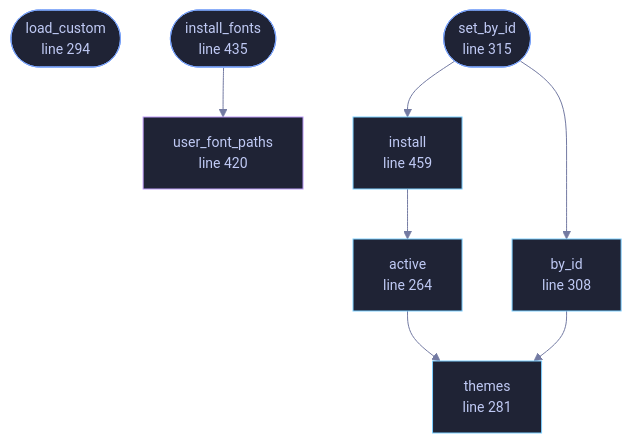
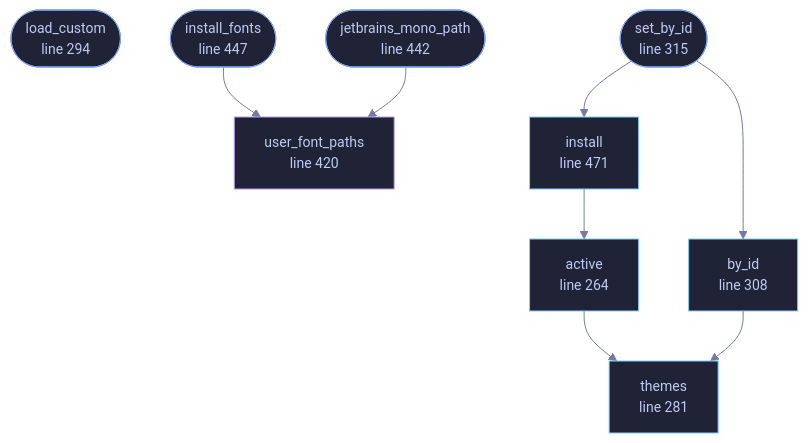
Before and after one commit to tilas01/veilvoice: the diagram in wiki/File-veilvoice-gui-theme.md, drawn with Mermaid. The commit also changed other lines of this file and 72 other files, not shown here.

````diff
--- a/wiki/File-veilvoice-gui-theme.md
+++ b/wiki/File-veilvoice-gui-theme.md
@@ -80,32 +82,35 @@
 ```mermaid
 %%{init: {"theme":"base","themeVariables":{"background":"#1a1b26","primaryColor":"#1f2335","primaryTextColor":"#c0caf5","primaryBorderColor":"#7aa2f7","secondaryColor":"#16161e","tertiaryColor":"#16161e","lineColor":"#737aa2","textColor":"#c0caf5","mainBkg":"#1f2335","nodeBorder":"#7aa2f7","clusterBkg":"#16161e","clusterBorder":"#2f3549","fontFamily":"ui-monospace, SFMono-Regular, Consolas, monospace","fontSize":"14px"}}}%%
 flowchart TD
     n_active["active<br/>line 264"]
     n_themes["themes<br/>line 281"]
     n_load_custom(["load_custom<br/>line 294"])
     n_by_id["by_id<br/>line 308"]
     n_set_by_id(["set_by_id<br/>line 315"])
     n_user_font_paths["user_font_paths<br/>line 420"]
-    n_install_fonts(["install_fonts<br/>line 435"])
-    n_install["install<br/>line 459"]
+    n_jetbrains_mono_path(["jetbrains_mono_path<br/>line 442"])
+    n_install_fonts(["install_fonts<br/>line 447"])
+    n_install["install<br/>line 471"]
     n_active --> n_themes
     n_by_id --> n_themes
     n_install --> n_active
     n_install_fonts --> n_user_font_paths
+    n_jetbrains_mono_path --> n_user_font_paths
     n_set_by_id --> n_by_id
     n_set_by_id --> n_install
     click n_active href "https://github.com/tilas01/veilvoice/blob/main/crates/veilvoice-gui/src/theme.rs#L264" "open the source"
     click n_themes href "https://github.com/tilas01/veilvoice/blob/main/crates/veilvoice-gui/src/theme.rs#L281" "open the source"
     click n_load_custom href "https://github.com/tilas01/veilvoice/blob/main/crates/veilvoice-gui/src/theme.rs#L294" "open the source"
     click n_by_id href "https://github.com/tilas01/veilvoice/blob/main/crates/veilvoice-gui/src/theme.rs#L308" "open the source"
     click n_set_by_id href "https://github.com/tilas01/veilvoice/blob/main/crates/veilvoice-gui/src/theme.rs#L315" "open the source"
     click n_user_font_paths href "https://github.com/tilas01/veilvoice/blob/main/crates/veilvoice-gui/src/theme.rs#L420" "open the source"
-    click n_install_fonts href "https://github.com/tilas01/veilvoice/blob/main/crates/veilvoice-gui/src/theme.rs#L435" "open the source"
-    click n_install href "https://github.com/tilas01/veilvoice/blob/main/crates/veilvoice-gui/src/theme.rs#L459" "open the source"
+    click n_jetbrains_mono_path href "https://github.com/tilas01/veilvoice/blob/main/crates/veilvoice-gui/src/theme.rs#L442" "open the source"
+    click n_install_fonts href "https://github.com/tilas01/veilvoice/blob/main/crates/veilvoice-gui/src/theme.rs#L447" "open the source"
+    click n_install href "https://github.com/tilas01/veilvoice/blob/main/crates/veilvoice-gui/src/theme.rs#L471" "open the source"
     classDef entry fill:#1f2335,stroke:#7aa2f7,color:#c0caf5
-    class n_load_custom,n_set_by_id,n_install_fonts entry
+    class n_load_custom,n_set_by_id,n_jetbrains_mono_path,n_install_fonts entry
     classDef api fill:#1f2335,stroke:#7dcfff,color:#c0caf5
     class n_active,n_themes,n_by_id,n_install api
     classDef helper fill:#1f2335,stroke:#bb9af7,color:#c0caf5
     class n_user_font_paths helper
 ```
````
